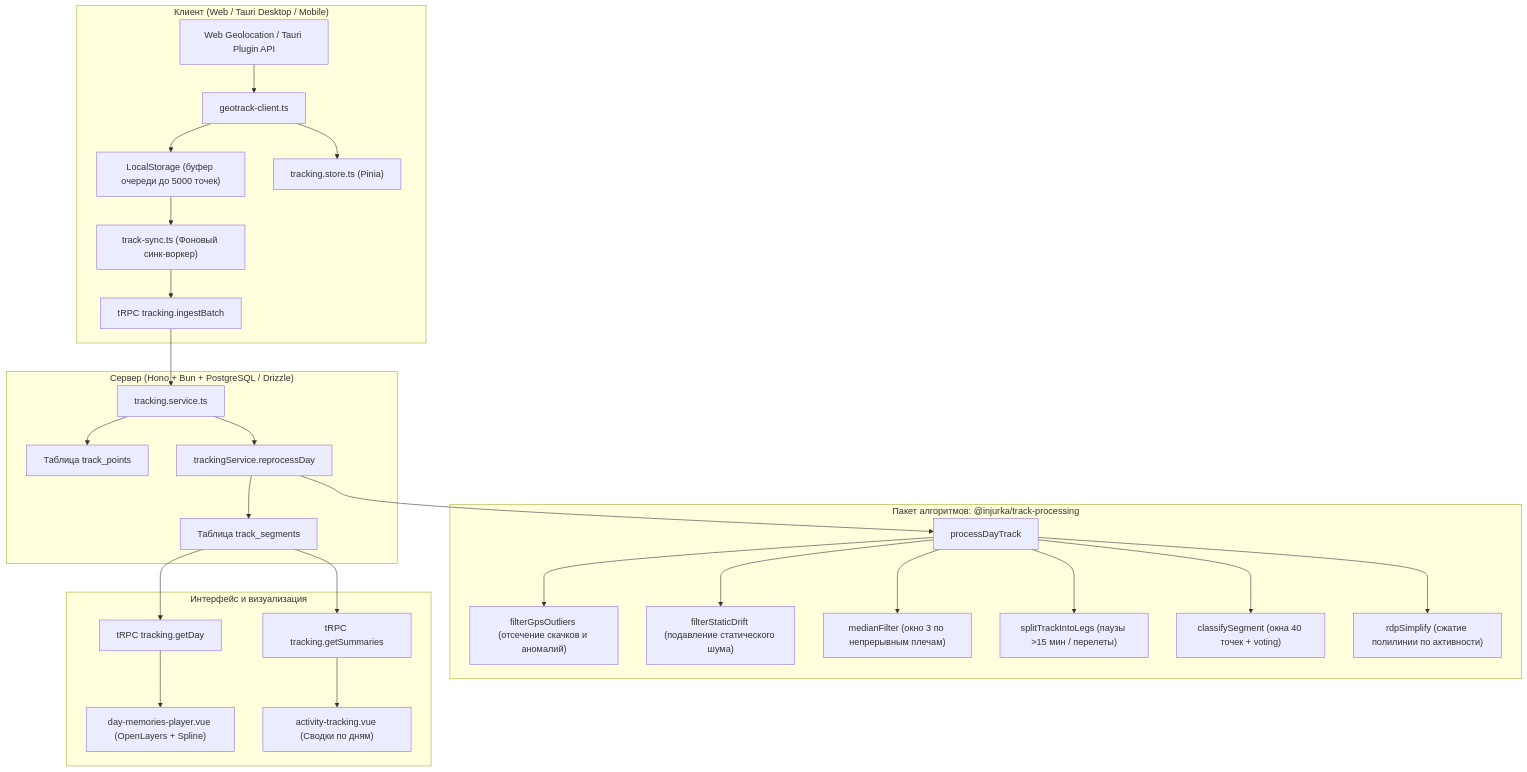
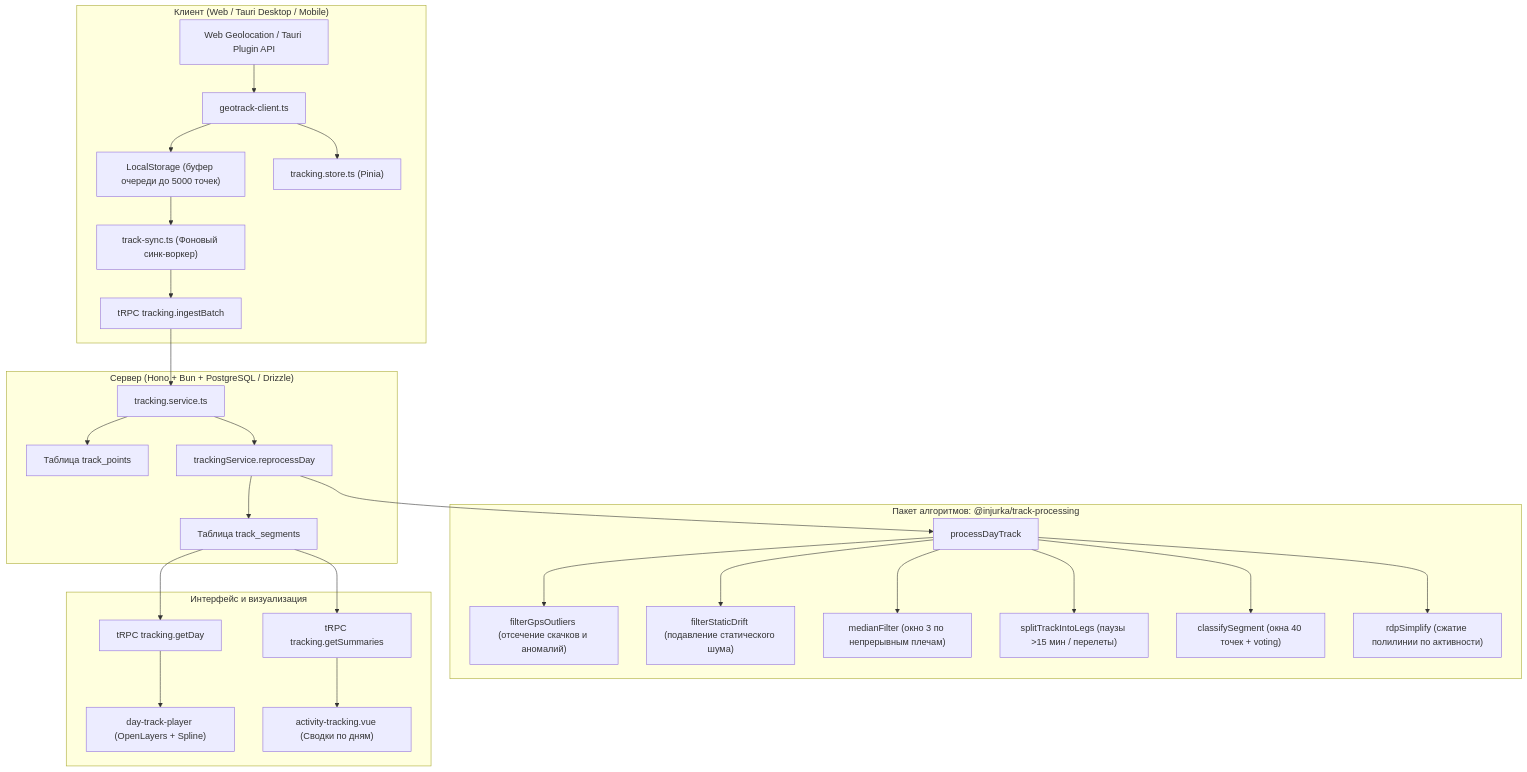
The diagram in apps/client/src/renderer/components/05.modules/activity-tracking/README.md (injurka/trip-scheduler), drawn with Mermaid before and after one commit. The commit also changed other lines of this file and 39 other files, not shown here.

First line of the commit message:
feat(modules): add day-track-player module and enhance track playback

````diff
--- a/apps/client/src/renderer/components/05.modules/activity-tracking/README.md
+++ b/apps/client/src/renderer/components/05.modules/activity-tracking/README.md
@@ -9,34 +9,34 @@
 ```mermaid
 flowchart TD
     subgraph Client["Клиент (Web / Tauri Desktop / Mobile)"]
         Geo["Web Geolocation / Tauri Plugin API"] --> GClient["geotrack-client.ts"]
         GClient --> LStorage["LocalStorage (буфер очереди до 5000 точек)"]
         GClient --> Store["tracking.store.ts (Pinia)"]
         LStorage --> Sync["track-sync.ts (Фоновый синк-воркер)"]
         Sync --> IngestTRPC["tRPC tracking.ingestBatch"]
     end
 
     subgraph Server["Сервер (Hono + Bun + PostgreSQL / Drizzle)"]
         IngestTRPC --> SrvIngest["tracking.service.ts"]
         SrvIngest --> DBPoints["Таблица track_points"]
         SrvIngest --> Reprocess["trackingService.reprocessDay"]
         Reprocess --> DBSegments["Таблица track_segments"]
     end
 
     subgraph Package["Пакет алгоритмов: @injurka/track-processing"]
         Reprocess --> ProcDay["processDayTrack"]
         ProcDay --> Outliers["filterGpsOutliers (отсечение скачков и аномалий)"]
         ProcDay --> Drift["filterStaticDrift (подавление статического шума)"]
         ProcDay --> Med["medianFilter (окно 3 по непрерывным плечам)"]
         ProcDay --> Split["splitTrackIntoLegs (паузы >15 мин / перелеты)"]
         ProcDay --> Classify["classifySegment (окна 40 точек + voting)"]
         ProcDay --> RDP["rdpSimplify (сжатие полилинии по активности)"]
     end
 
     subgraph UI["Интерфейс и визуализация"]
         DBSegments --> GetDay["tRPC tracking.getDay"]
-        GetDay --> Memories["day-memories-player.vue (OpenLayers + Spline)"]
+        GetDay --> Memories["day-track-player (OpenLayers + Spline)"]
         DBSegments --> GetSummaries["tRPC tracking.getSummaries"]
         GetSummaries --> ActPage["activity-tracking.vue (Сводки по дням)"]
     end
 ```
````
